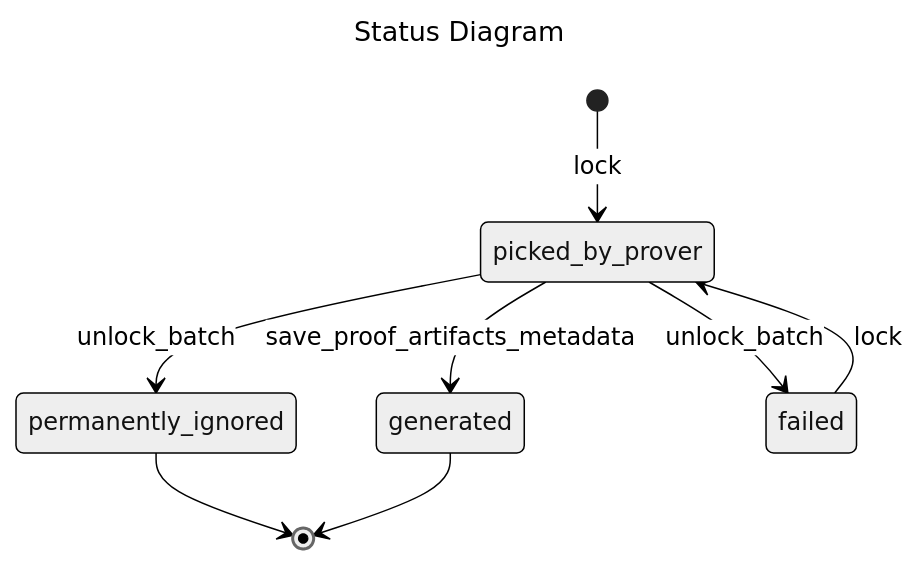
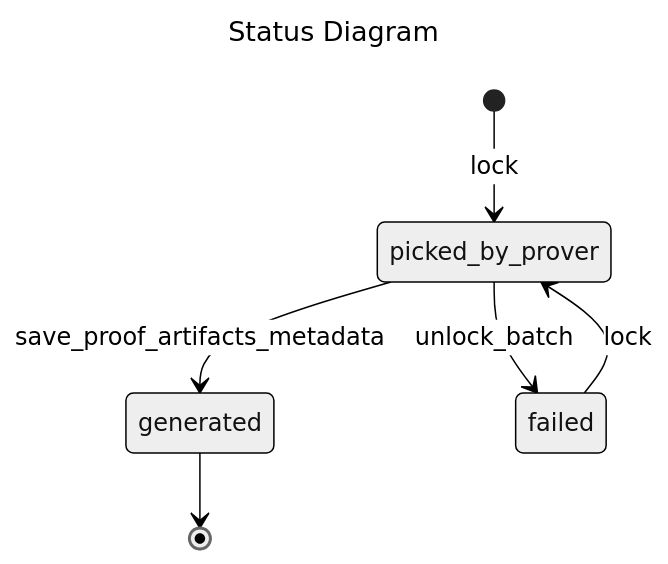
The diagram in core/lib/dal/doc/AirbenderProofGenerationDal.md (matter-labs/zksync-era), drawn with Mermaid (neutral theme) before and after one commit. The commit also changed other lines of this file and 52 other files, not shown here.

````diff
--- a/core/lib/dal/doc/AirbenderProofGenerationDal.md
+++ b/core/lib/dal/doc/AirbenderProofGenerationDal.md
@@ -9,13 +9,11 @@
 ```mermaid
 ---
 title: Status Diagram
 ---
 stateDiagram-v2
 [*] --> picked_by_prover : lock
 picked_by_prover --> generated : save_proof_artifacts_metadata
-picked_by_prover --> permanently_ignored : unlock_batch
 picked_by_prover --> failed : unlock_batch
 failed --> picked_by_prover : lock
-permanently_ignored --> [*]
 generated --> [*]
 ```
````
